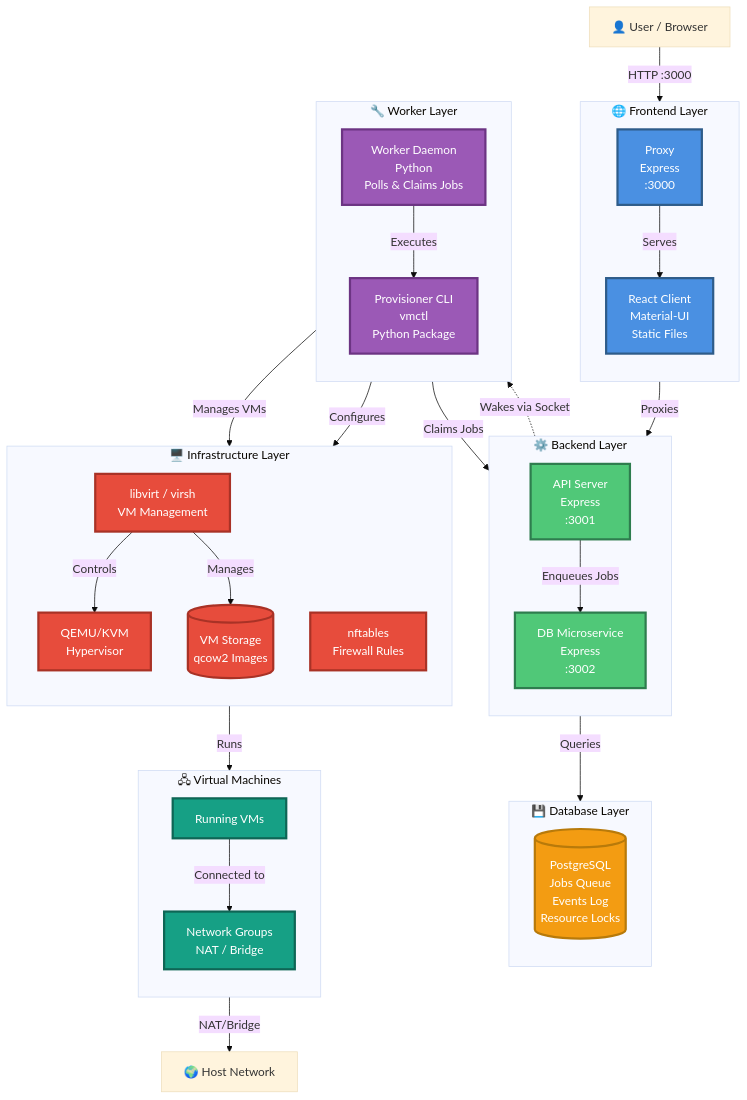
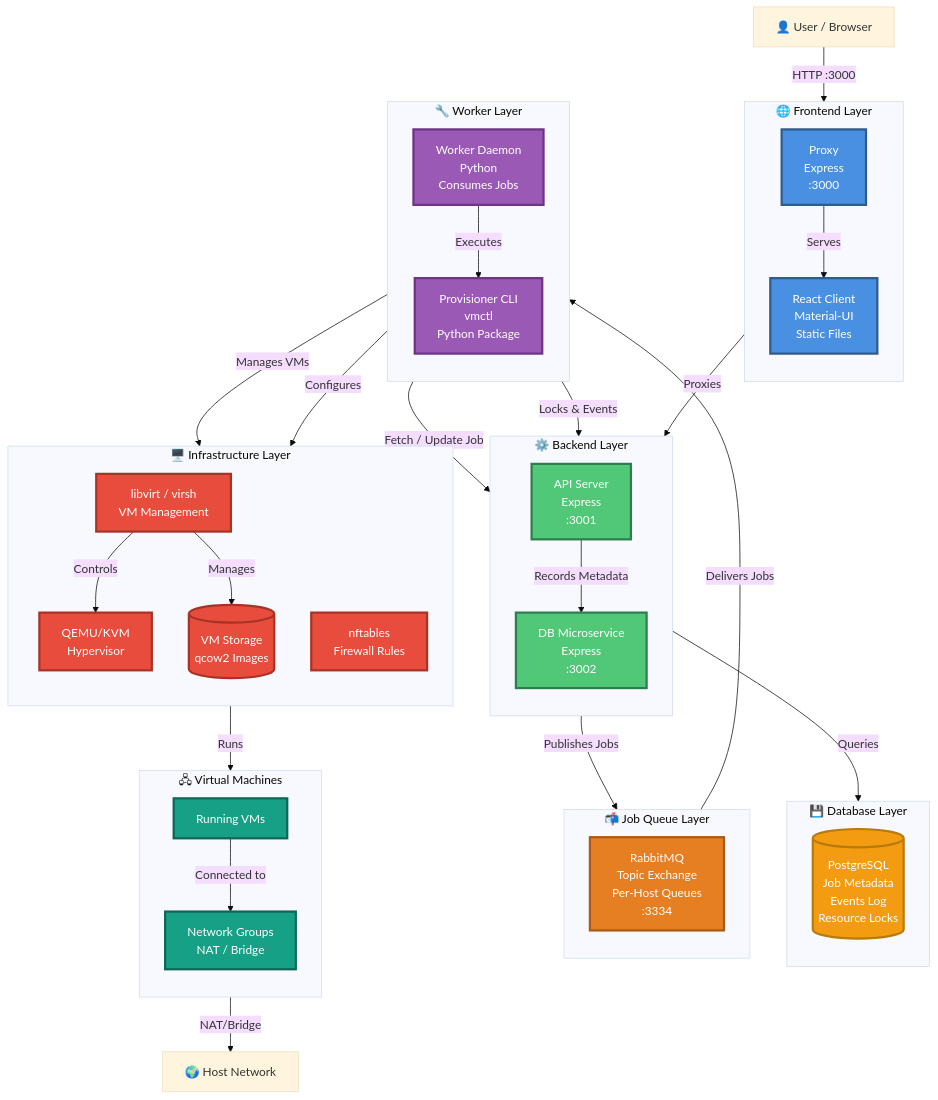
One commit to mrniceguy127/homelab-vm-provisioner-webapp changed the diagram in README.md. Above: the diagram before and after it, drawn with Mermaid (base theme). The commit also changed other lines of this file and 49 other files, not shown here.

```diff
--- a/README.md
+++ b/README.md
@@ -1056,13 +1121,19 @@
     %% Database Layer
     subgraph Database["💾 Database Layer"]
         direction TB
-        PostgreSQL[("PostgreSQL<br/>Jobs Queue<br/>Events Log<br/>Resource Locks")]
+        PostgreSQL[("PostgreSQL<br/>Job Metadata<br/>Events Log<br/>Resource Locks")]
+    end
+    
+    %% Message Queue Layer
+    subgraph Queue["📬 Job Queue Layer"]
+        direction TB
+        RabbitMQ["RabbitMQ<br/>Topic Exchange<br/>Per-Host Queues<br/>:3334"]
     end
     
     %% Worker Layer
     subgraph Worker_Layer["🔧 Worker Layer"]
         direction TB
-        Worker["Worker Daemon<br/>Python<br/>Polls & Claims Jobs"]
+        Worker["Worker Daemon<br/>Python<br/>Consumes Jobs"]
         CLI["Provisioner CLI<br/>vmctl<br/>Python Package"]
     end
     
@@ -1090,12 +1161,14 @@
     Proxy -->|Proxies| API
     
     %% Backend connections
-    API -->|Enqueues Jobs| DB_Service
-    API -.->|Wakes via Socket| Worker
+    API -->|Publishes Jobs| RabbitMQ
+    API -->|Records Metadata| DB_Service
     DB_Service -->|Queries| PostgreSQL
     
     %% Worker connections
-    Worker -->|Claims Jobs| DB_Service
+    RabbitMQ -->|Delivers Jobs| Worker
+    Worker -->|Fetch / Update Job| API
+    Worker -->|Locks & Events| DB_Service
     Worker -->|Executes| CLI
     
     %% Provisioning connections
@@ -1115,6 +1188,7 @@
     classDef frontend fill:#4A90E2,stroke:#2E5C8A,stroke-width:3px,color:#fff
     classDef backend fill:#50C878,stroke:#2E7D4E,stroke-width:3px,color:#fff
     classDef database fill:#F39C12,stroke:#B87A0A,stroke-width:3px,color:#fff
+    classDef queue fill:#E67E22,stroke:#A85A16,stroke-width:3px,color:#fff
     classDef worker fill:#9B59B6,stroke:#6C3483,stroke-width:3px,color:#fff
     classDef infra fill:#E74C3C,stroke:#A93226,stroke-width:3px,color:#fff
     classDef vm fill:#16A085,stroke:#0E6655,stroke-width:3px,color:#fff
@@ -1122,6 +1196,7 @@
     class Proxy,Client frontend
     class API,DB_Service backend
     class PostgreSQL database
+    class RabbitMQ queue
     class Worker,CLI worker
     class Libvirt,QEMU,Nftables,Storage infra
     class VMs,Networks vm
```
